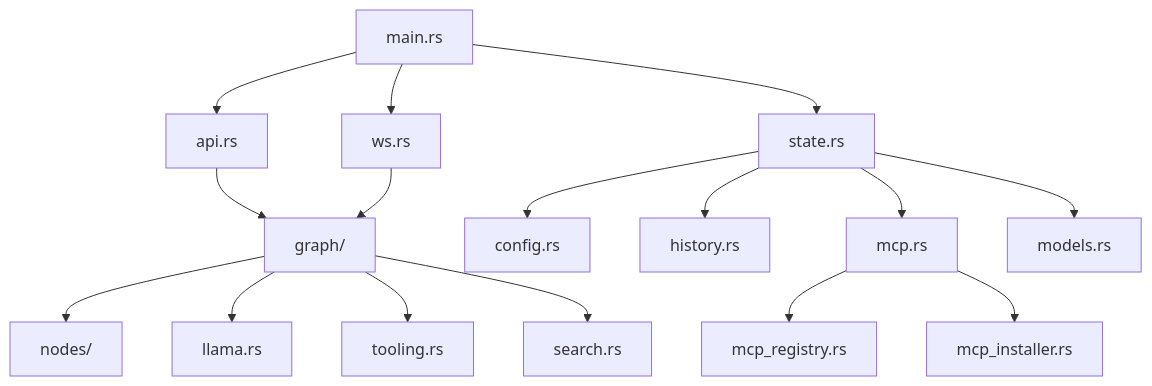
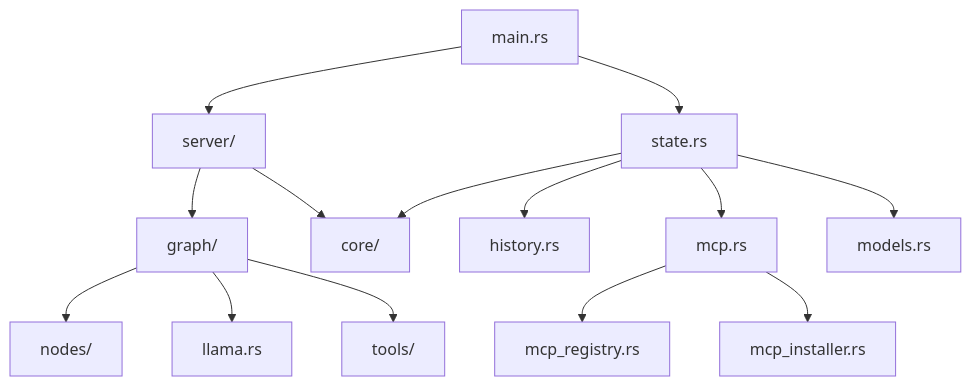
Before and after one commit to coco4atJP/Tepora-alpha: the second of 10 diagrams in docs/architecture/ARCHITECTURE.md, drawn with Mermaid. The commit also changed other lines of this file, not shown here.

Commit message:
docs: Update ARCHITECTURE.md to match codebase state

````diff
--- a/docs/architecture/ARCHITECTURE.md
+++ b/docs/architecture/ARCHITECTURE.md
@@ -94,22 +94,20 @@
 ```mermaid
 graph TD
-    Main[main.rs] --> API[api.rs]
-    Main --> WS[ws.rs]
+    Main[main.rs] --> Server[server/]
     Main --> State[state.rs]
   
-    API --> Graph[graph/]
-    WS --> Graph
+    Server --> Graph[graph/]
+    Server --> Core[core/]
   
     Graph --> Nodes[nodes/]
     Graph --> LLM[llama.rs]
-    Graph --> Tools[tooling.rs]
-    Graph --> Search[search.rs]
+    Graph --> Tools[tools/]
   
-    State --> Config[config.rs]
+    State --> Core
     State --> History[history.rs]
     State --> MCP[mcp.rs]
     State --> Models[models.rs]
   
     MCP --> McpRegistry[mcp_registry.rs]
     MCP --> McpInstaller[mcp_installer.rs]
 ```
````
